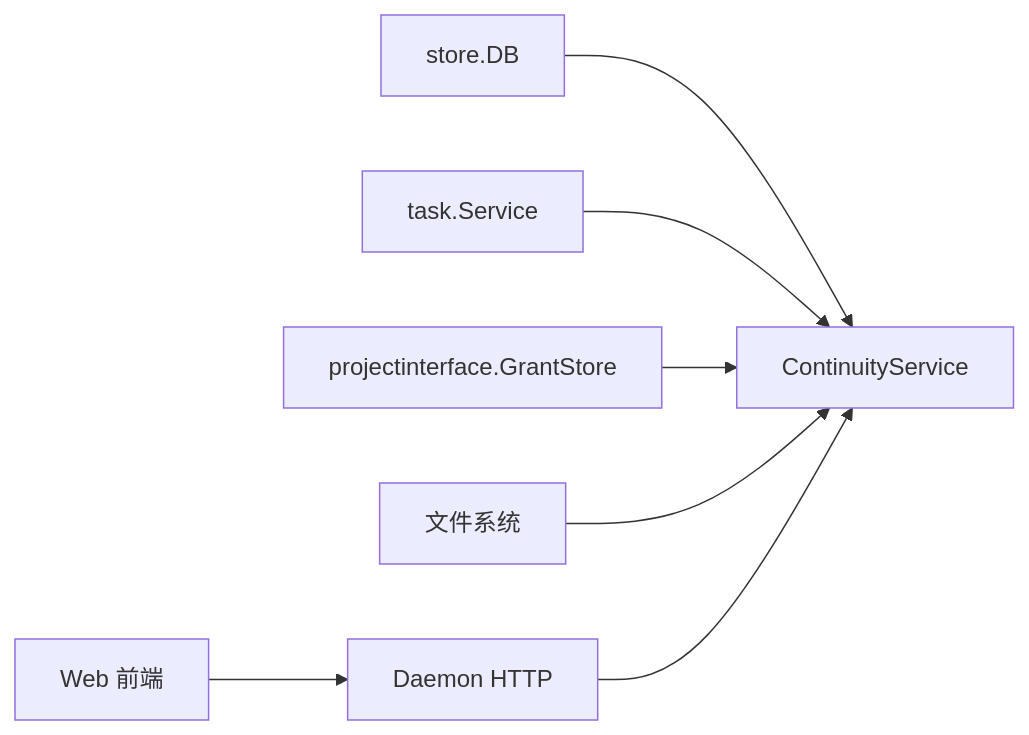
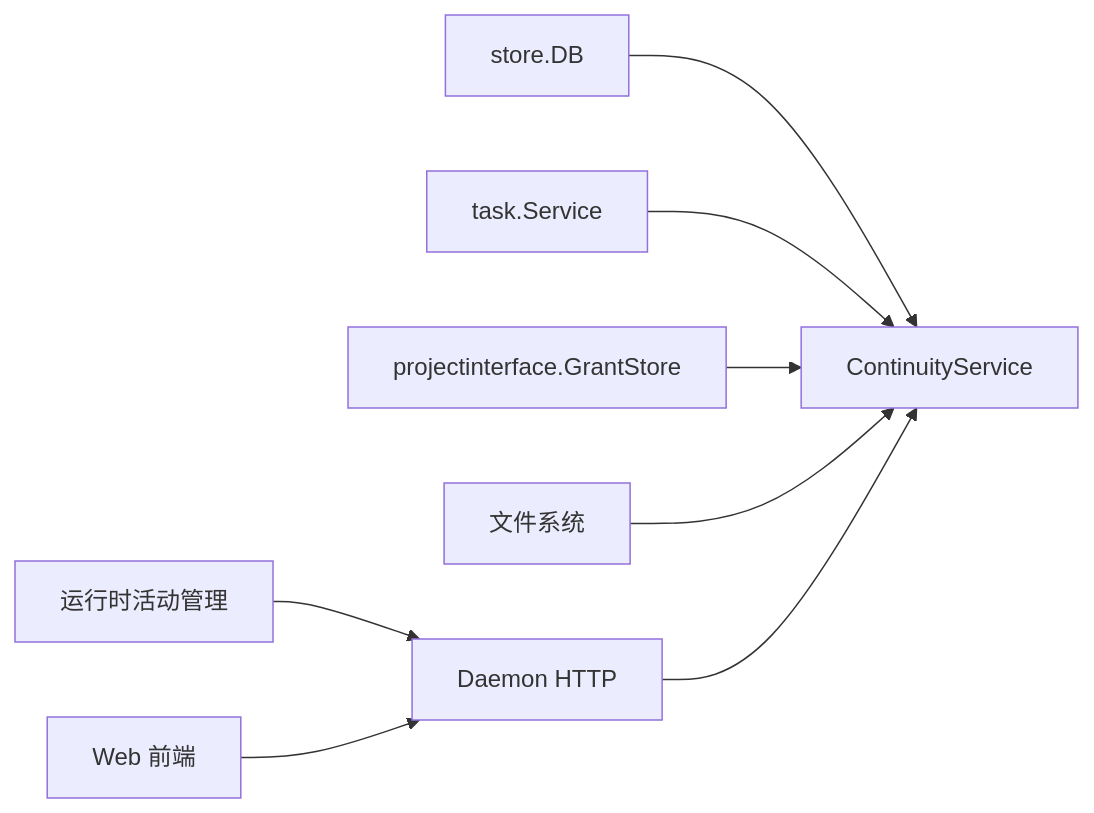
The eighth of 8 diagrams in .qoder/repowiki/zh/content/核心架构/控制平面 - Daemon服务/任务生命周期管理/任务恢复与续传.md (n1majne3/CyberPenda), drawn with Mermaid before and after one commit. The commit also changed other lines of this file and 159 other files, not shown here.

````diff
--- a/.qoder/repowiki/zh/content/核心架构/控制平面 - Daemon服务/任务生命周期管理/任务恢复与续传.md
+++ b/.qoder/repowiki/zh/content/核心架构/控制平面 - Daemon服务/任务生命周期管理/任务恢复与续传.md
@@ -306,9 +376,10 @@
 ```mermaid
 graph LR
 DB["store.DB"] --> C["ContinuityService"]
 TS["task.Service"] --> C
 GS["projectinterface.GrantStore"] --> C
 FS["文件系统"] --> C
 HTTP["Daemon HTTP"] --> C
+RA["运行时活动管理"] --> HTTP
 WEB["Web 前端"] --> HTTP
 ```
````
